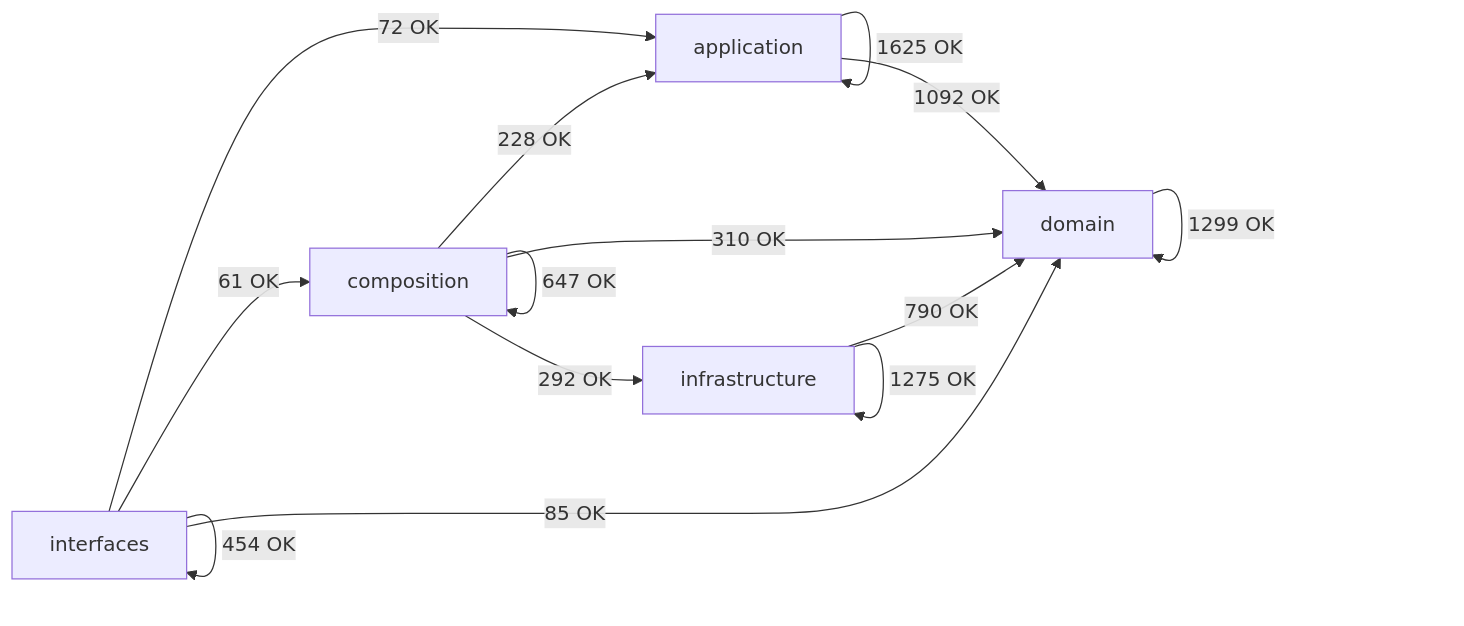
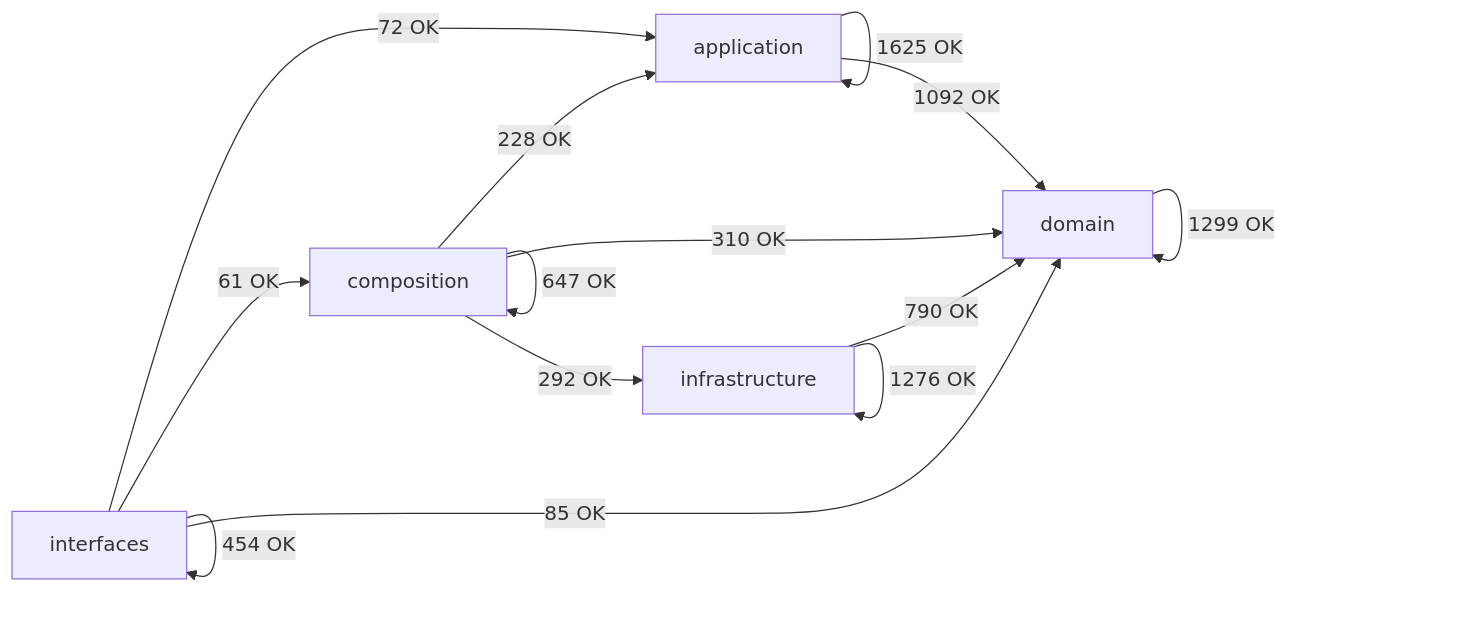
Before and after one commit to SatoryKono/BioactivityDataAcquisition: the diagram in docs/02-architecture/generated/module-dependency-map.md, drawn with Mermaid. The commit also changed other lines of this file and 21 other files, not shown here.

Commit message:
fix(bronze): preserve schema contract and remove cleanup cycle

````diff
--- a/docs/02-architecture/generated/module-dependency-map.md
+++ b/docs/02-architecture/generated/module-dependency-map.md
@@ -17,21 +17,21 @@
 ```mermaid
 flowchart LR
     domain[domain]
     application[application]
     infrastructure[infrastructure]
     composition[composition]
     interfaces[interfaces]
     application -->|1625 OK| application
     application -->|1092 OK| domain
     composition -->|228 OK| application
     composition -->|647 OK| composition
     composition -->|310 OK| domain
     composition -->|292 OK| infrastructure
     domain -->|1299 OK| domain
     infrastructure -->|790 OK| domain
-    infrastructure -->|1275 OK| infrastructure
+    infrastructure -->|1276 OK| infrastructure
     interfaces -->|72 OK| application
     interfaces -->|61 OK| composition
     interfaces -->|85 OK| domain
     interfaces -->|454 OK| interfaces
 ```
````
